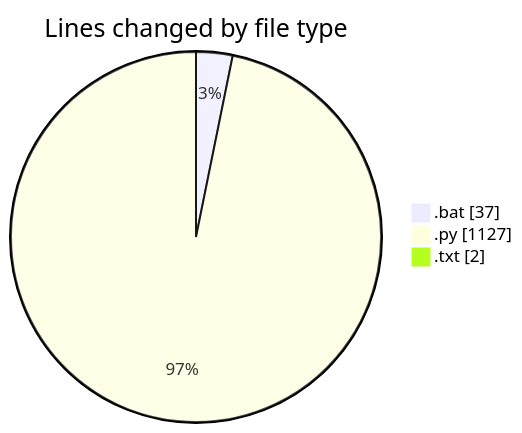
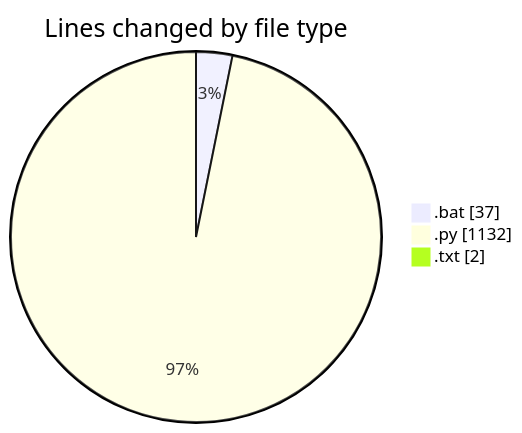
One commit to FelipKnott/code-tracking changed the first of 2 diagrams in 2025-07-04/cursor/README.md. Above: the diagram before and after it, drawn with Mermaid. The commit also changed other lines of this file and 1 other file, not shown here.

````diff
--- a/2025-07-04/cursor/README.md
+++ b/2025-07-04/cursor/README.md
@@ -35,7 +35,7 @@
 ```mermaid
 pie showData
 title Lines changed by file type
 ".bat" : 37
-".py" : 1127
+".py" : 1132
 ".txt" : 2
 ```
````
